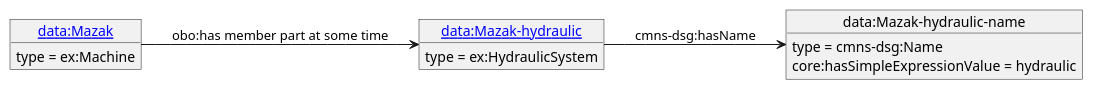
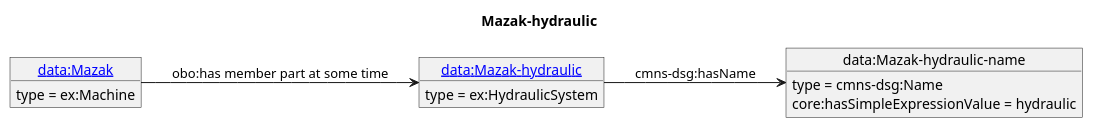
Before and after one commit to iofoundry/example-syseng-mtconnect: the diagram in diagrams/Mazak-hydraulic.puml, drawn with PlantUML. The commit also changed 140 other files, not shown here.

```diff
--- a/diagrams/Mazak-hydraulic.puml
+++ b/diagrams/Mazak-hydraulic.puml
@@ -1,16 +1,17 @@
 @startuml
 skinparam linetype polyline
 left to right direction
+title Mazak-hydraulic
 object "[[./Mazak-hydraulic.html data:Mazak-hydraulic]]" as o1 {
  type = ex:HydraulicSystem
  }
 object "data:Mazak-hydraulic-name" as o2 {
  type = cmns-dsg:Name
  }
 object "[[./Mazak.html data:Mazak]]" as o3 {
  type = ex:Machine
  }
 o1 --> o2 : cmns-dsg:hasName
 o2 : core:hasSimpleExpressionValue = hydraulic
 o3 --> o1 : obo:has member part at some time
 @enduml
```
